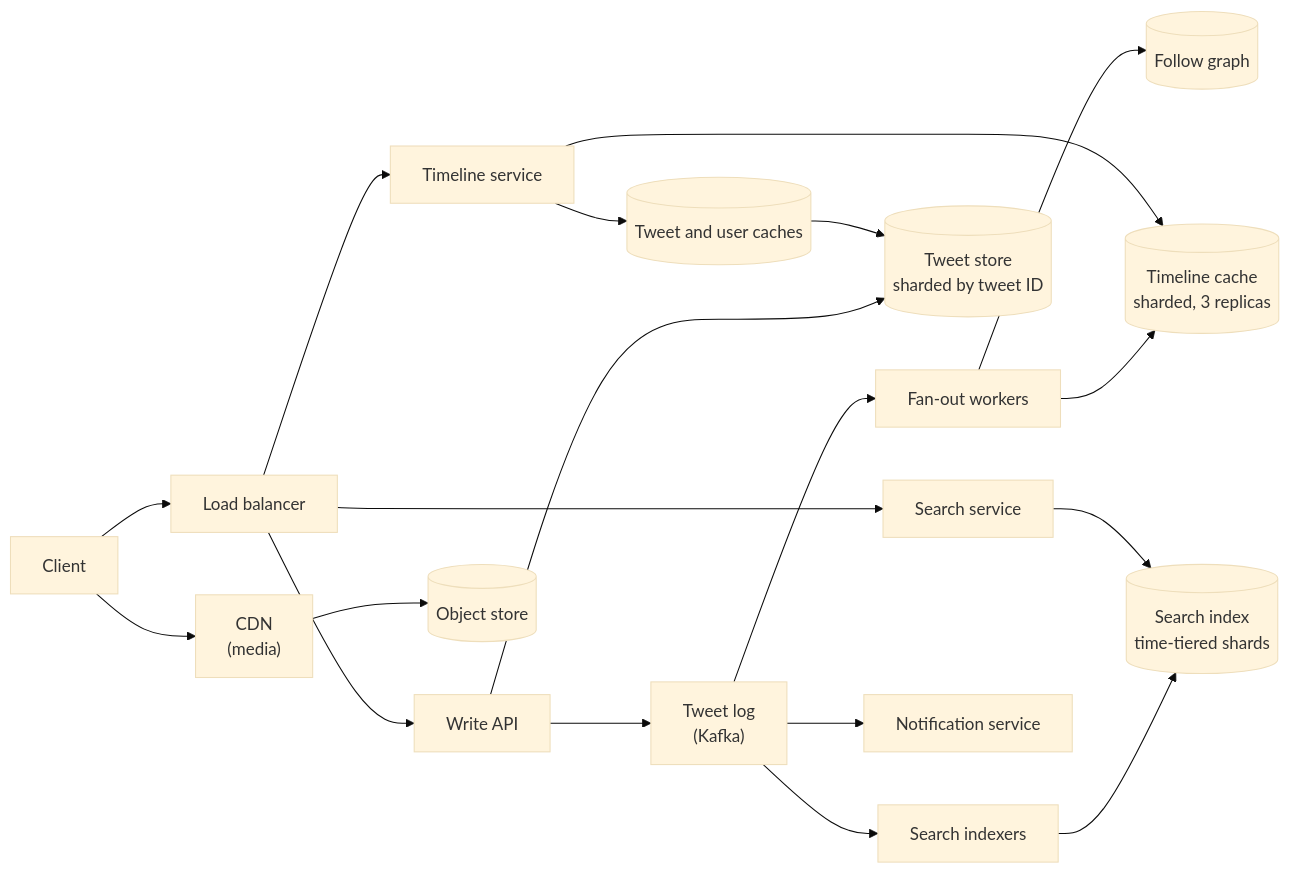
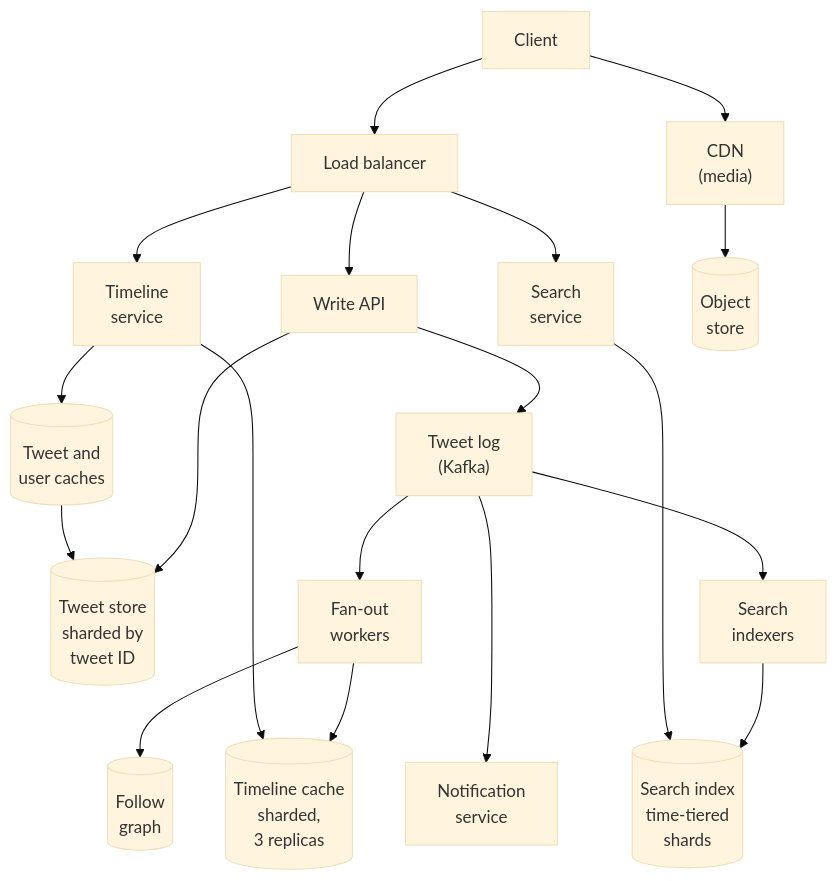
The third of 3 diagrams in src/content/docs/practice/twitter-timeline.mdx (butyavk/system-design), drawn with Mermaid (base theme) before and after one commit. The commit also changed other lines of this file and 144 other files, not shown here.

````diff
--- a/src/content/docs/practice/twitter-timeline.mdx
+++ b/src/content/docs/practice/twitter-timeline.mdx
@@ -273,20 +272,22 @@
 ```mermaid
-flowchart LR
+flowchart TB
   client["Client"] --> cdn["CDN<br/>(media)"]
   client --> lb["Load balancer"]
   lb --> writeapi["Write API"]
-  lb --> readapi["Timeline service"]
-  lb --> searchapi["Search service"]
-  writeapi --> tweets[("Tweet store<br/>sharded by tweet ID")]
+  lb --> readapi["Timeline<br/>service"]
+  lb --> searchapi["Search<br/>service"]
+  writeapi --> tweets[("Tweet store<br/>sharded by<br/>tweet ID")]
   writeapi --> log["Tweet log<br/>(Kafka)"]
-  log --> fanout["Fan-out workers"]
-  fanout --> follows[("Follow graph")]
-  fanout --> tlcache[("Timeline cache<br/>sharded, 3 replicas")]
-  log --> indexer["Search indexers"] --> index[("Search index<br/>time-tiered shards")]
-  log --> notify["Notification service"]
+  log --> fanout["Fan-out<br/>workers"]
+  fanout --> follows[("Follow<br/>graph")]
+  fanout --> tlcache[("Timeline cache<br/>sharded,<br/>3 replicas")]
+  log --> indexer["Search<br/>indexers"] --> index[("Search index<br/>time-tiered<br/>shards")]
+  log --> notify["Notification<br/>service"]
   readapi --> tlcache
-  readapi --> objcache[("Tweet and user caches")]
+  readapi --> objcache[("Tweet and<br/>user caches")]
   objcache --> tweets
   searchapi --> index
-  cdn --> media[("Object store")]
+  cdn --> media[("Object<br/>store")]
+  searchapi ~~~ log
+  fanout ~~~ notify
 ```
````
